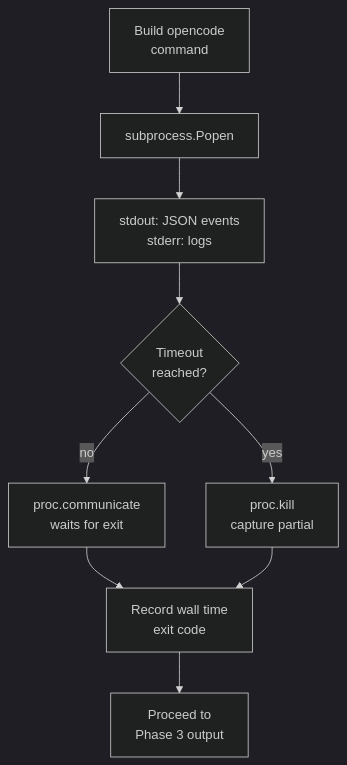
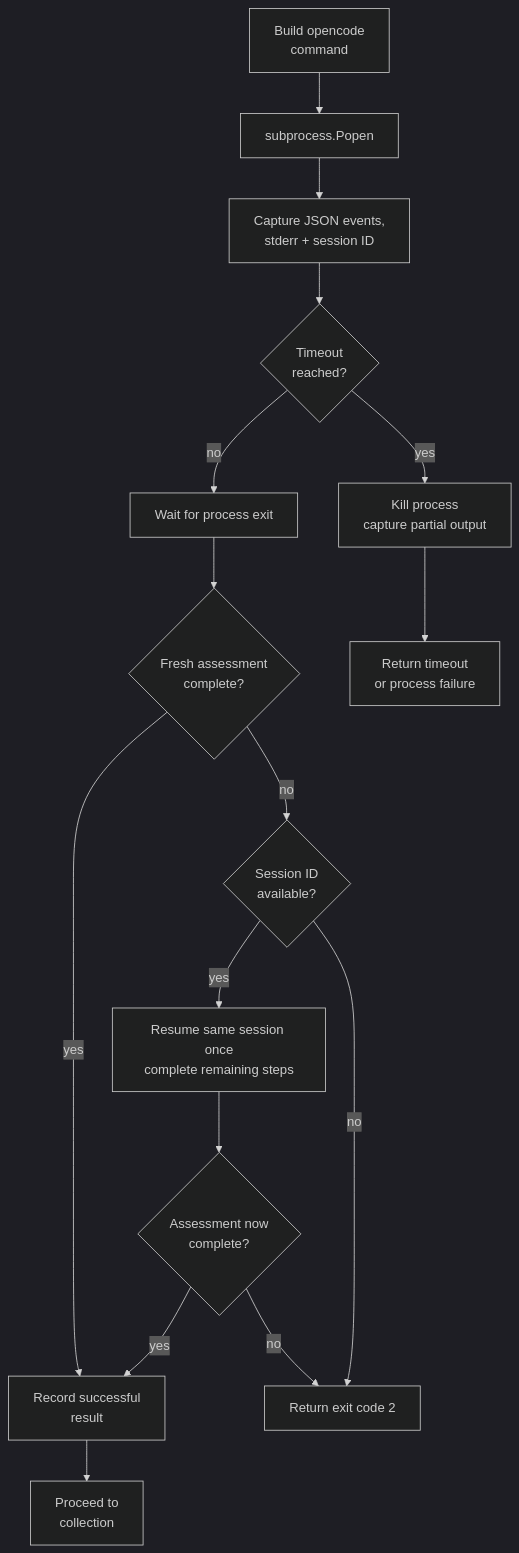
The fourth of 8 diagrams in README.md (dominikmi/laser), drawn with Mermaid before and after one commit. The commit also changed other lines of this file, not shown here.

First line of the commit message:
Document persistent knowledge architecture (#6)

````diff
--- a/README.md
+++ b/README.md
@@ -300,12 +324,19 @@
 ```mermaid
 %%{init: {"theme": "dark"}}%%
 flowchart TD
     A["Build opencode<br/>command"] --> B["subprocess.Popen"]
-    B --> C["stdout: JSON events<br/>stderr: logs"]
+    B --> C["Capture JSON events,<br/>stderr + session ID"]
     C --> D{"Timeout<br/>reached?"}
-    D -- no --> E["proc.communicate<br/>waits for exit"]
-    D -- yes --> F["proc.kill<br/>capture partial"]
-    E --> G["Record wall time<br/>exit code"]
-    F --> G
-    G --> H["Proceed to<br/>Phase 3 output"]
+    D -- yes --> F["Kill process<br/>capture partial output"]
+    D -- no --> E["Wait for process exit"]
+    E --> G{"Fresh assessment<br/>complete?"}
+    G -- yes --> H["Record successful<br/>result"]
+    G -- no --> S{"Session ID<br/>available?"}
+    S -- yes --> R["Resume same session once<br/>complete remaining steps"]
+    R --> V{"Assessment now<br/>complete?"}
+    V -- yes --> H
+    V -- no --> X["Return exit code 2"]
+    S -- no --> X
+    F --> Y["Return timeout<br/>or process failure"]
+    H --> Z["Proceed to<br/>collection"]
 ```
````
